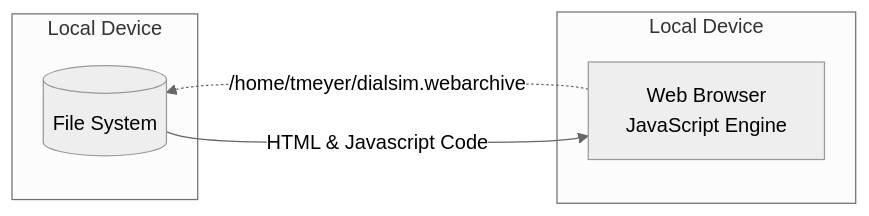
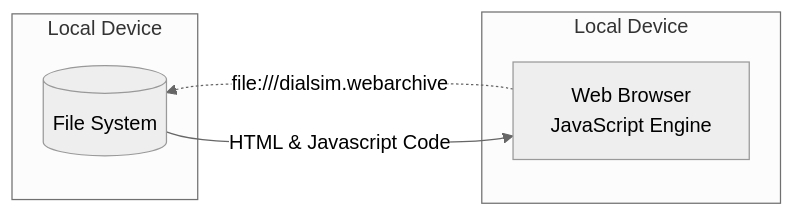
The second of 3 diagrams in README.md (aaaahn/dialsim), drawn with Mermaid (neutral theme) before and after one commit. The commit also changed other lines of this file, not shown here.

````diff
--- a/README.md
+++ b/README.md
@@ -35,13 +35,13 @@
 ```mermaid
 
 graph RL
-    Browser[Web Browser  <br> JavaScript Engine] -.->|"/home/tmeyer/dialsim.webarchive"| Disk[(File System)]
+    Browser[Web Browser  <br> JavaScript Engine] -.->|"file:///dialsim.webarchive"| Disk[(File System)]
     subgraph Local Device
         Browser
     end
     Disk --> |HTML & Javascript Code| Browser
 
     subgraph Local Device
         Disk
     end
 ```
````
